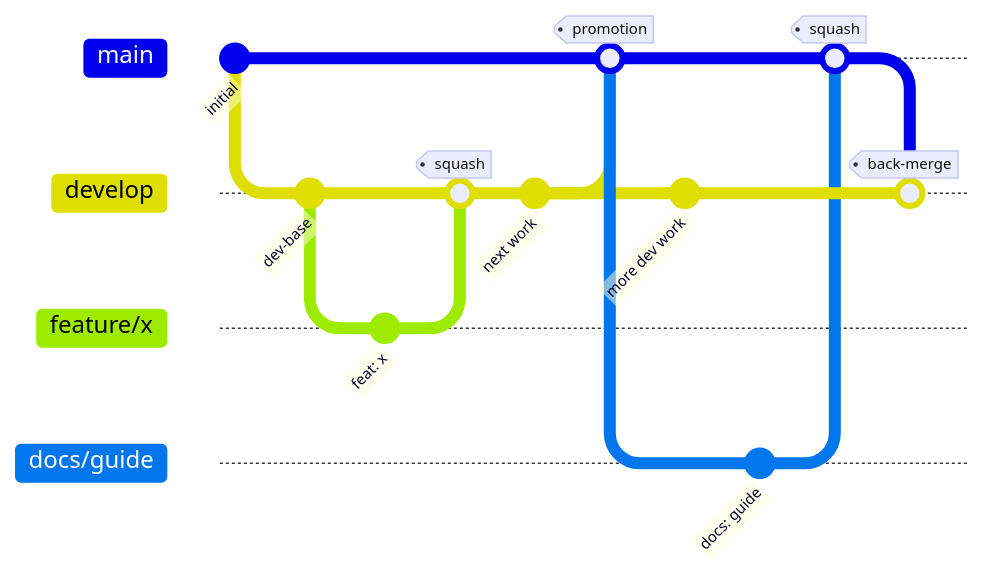
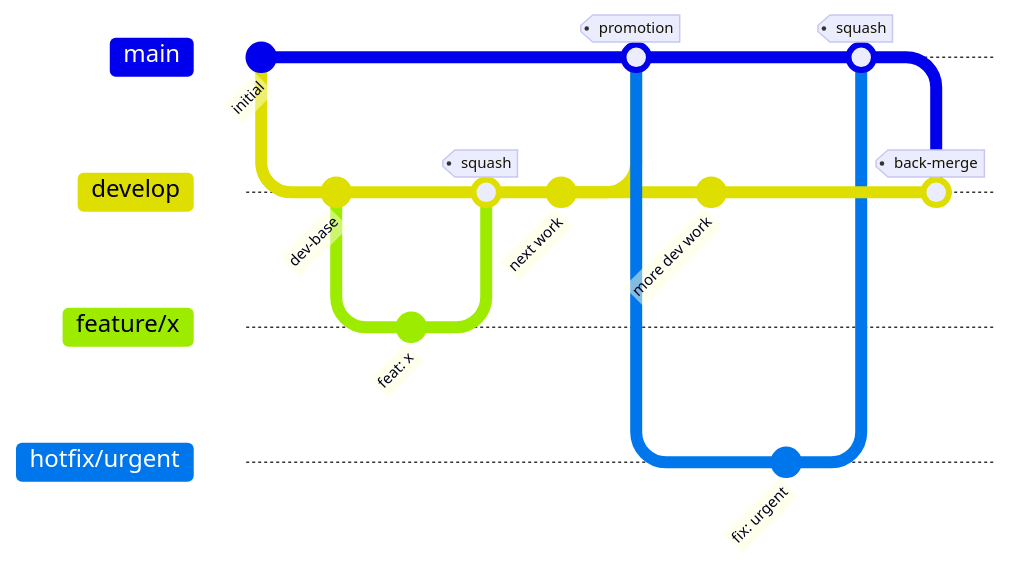
One commit to KalaimaranB/BioPro changed the first of 2 diagrams in docs/internal/23_Git_Branching_Engine.md. Above: the diagram before and after it, drawn with Mermaid. The commit also changed other lines of this file and 4 other files, not shown here.

````diff
--- a/docs/internal/23_Git_Branching_Engine.md
+++ b/docs/internal/23_Git_Branching_Engine.md
@@ -15,25 +14,25 @@
 ```mermaid
 gitGraph
    commit id: "initial"
    branch develop
    checkout develop
    commit id: "dev-base"
    branch feature/x
    checkout feature/x
    commit id: "feat: x"
    checkout develop
    merge feature/x tag: "squash"
    commit id: "next work"
    checkout main
    merge develop tag: "promotion"
    checkout develop
    commit id: "more dev work"
    checkout main
-   branch docs/guide
-   checkout docs/guide
-   commit id: "docs: guide"
+   branch hotfix/urgent
+   checkout hotfix/urgent
+   commit id: "fix: urgent"
    checkout main
-   merge docs/guide tag: "squash"
+   merge hotfix/urgent tag: "squash"
    checkout develop
    merge main tag: "back-merge"
 ```
````
